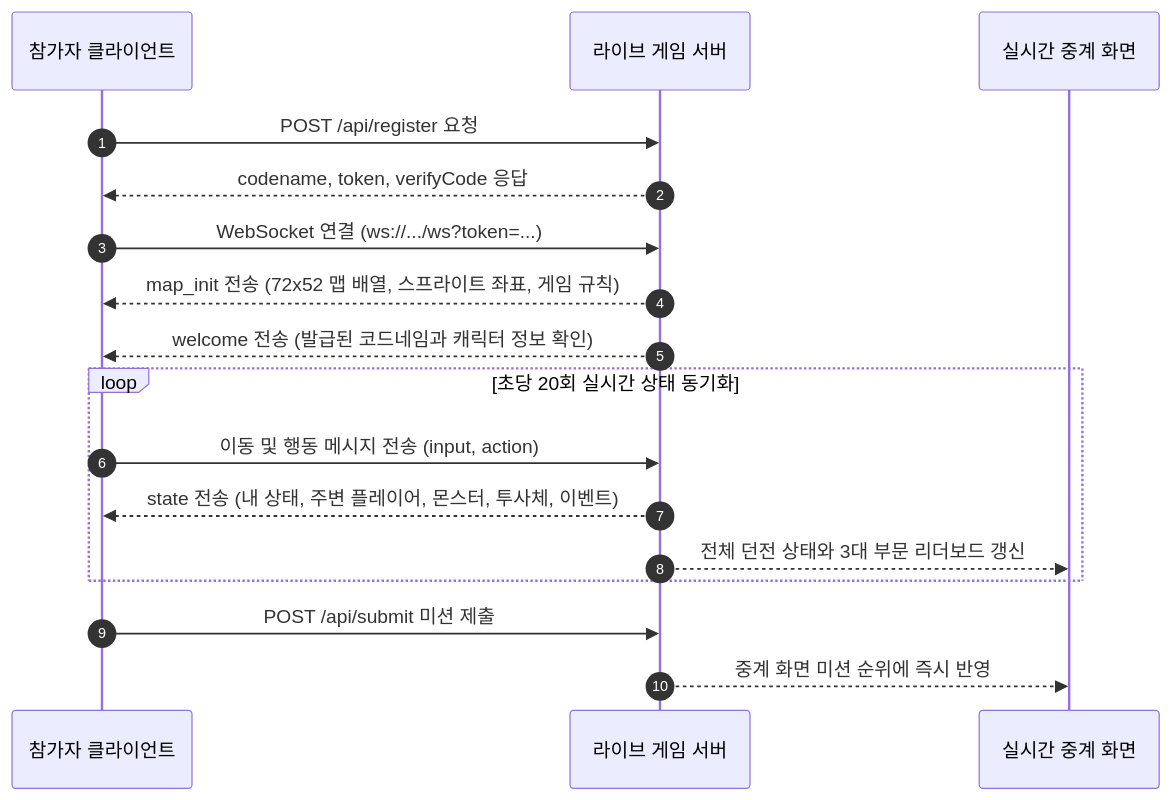
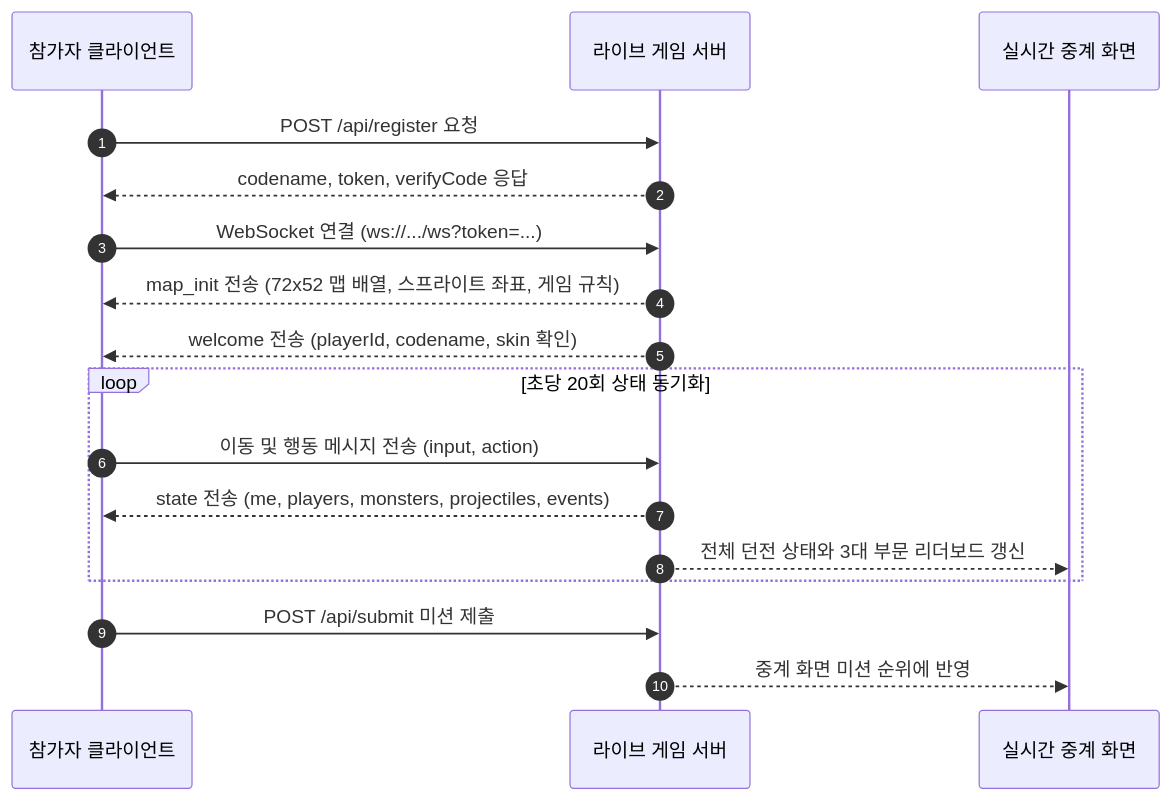
One commit to KennethanCeyer/build-beyond-limits changed the second of 2 diagrams in README.md. Above: the diagram before and after it, drawn with Mermaid. The commit also changed other lines of this file and 7 other files, not shown here.

````diff
--- a/README.md
+++ b/README.md
@@ -53,22 +32,22 @@
 ```mermaid
 sequenceDiagram
   autonumber
   participant C as 참가자 클라이언트
   participant S as 라이브 게임 서버
   participant B as 실시간 중계 화면
 
   C->>S: POST /api/register 요청
   S-->>C: codename, token, verifyCode 응답
   C->>S: WebSocket 연결 (ws://.../ws?token=...)
   S-->>C: map_init 전송 (72x52 맵 배열, 스프라이트 좌표, 게임 규칙)
-  S-->>C: welcome 전송 (발급된 코드네임과 캐릭터 정보 확인)
+  S-->>C: welcome 전송 (playerId, codename, skin 확인)
 
-  loop 초당 20회 실시간 상태 동기화
+  loop 초당 20회 상태 동기화
     C->>S: 이동 및 행동 메시지 전송 (input, action)
-    S-->>C: state 전송 (내 상태, 주변 플레이어, 몬스터, 투사체, 이벤트)
+    S-->>C: state 전송 (me, players, monsters, projectiles, events)
     S-->>B: 전체 던전 상태와 3대 부문 리더보드 갱신
   end
 
   C->>S: POST /api/submit 미션 제출
-  S-->>B: 중계 화면 미션 순위에 즉시 반영
+  S-->>B: 중계 화면 미션 순위에 반영
 ```
````
